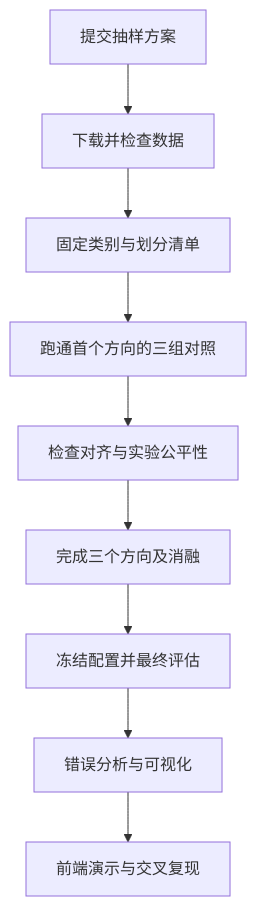
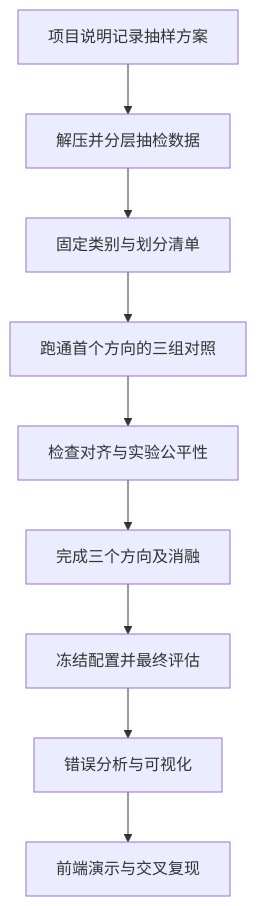
One commit to zzr005119/machine-vision-officehome-deepcoral changed the diagram in 题目6_OfficeHome_DeepCORAL_实验流程与下载说明.md. Above: the diagram before and after it, drawn with Mermaid. The commit also changed other lines of this file and 11 other files, not shown here.

````diff
--- a/题目6_OfficeHome_DeepCORAL_实验流程与下载说明.md
+++ b/题目6_OfficeHome_DeepCORAL_实验流程与下载说明.md
@@ -207,13 +211,13 @@
 ```mermaid
 flowchart TB
     accTitle: Office Home Experiment Workflow
-    accDescr: 从提交抽样方案、获取数据和固定划分开始，完成三组对照与三个迁移方向，再进行最终分析、前端展示和交叉复现。
-    submit_plan["提交抽样方案"] --> acquire_data["下载并检查数据"]
+    accDescr: 从记录抽样方案、准备与抽检数据和固定划分开始，完成三组对照与三个迁移方向，再进行最终分析、前端展示和交叉复现。
+    submit_plan["项目说明记录抽样方案"] --> acquire_data["解压并分层抽检数据"]
     acquire_data --> freeze_splits["固定类别与划分清单"]
     freeze_splits --> first_direction["跑通首个方向的三组对照"]
     first_direction --> implement_coral["检查对齐与实验公平性"]
     implement_coral --> expand_directions["完成三个方向及消融"]
     expand_directions --> evaluate_models["冻结配置并最终评估"]
     evaluate_models --> analyze_results["错误分析与可视化"]
     analyze_results --> reproduce_demo["前端演示与交叉复现"]
 ```
````
